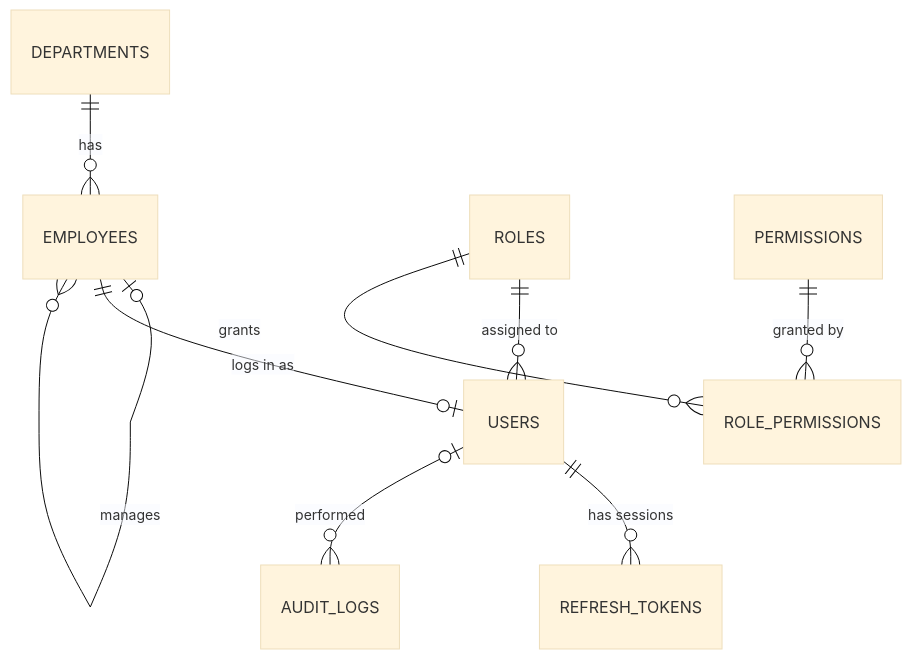
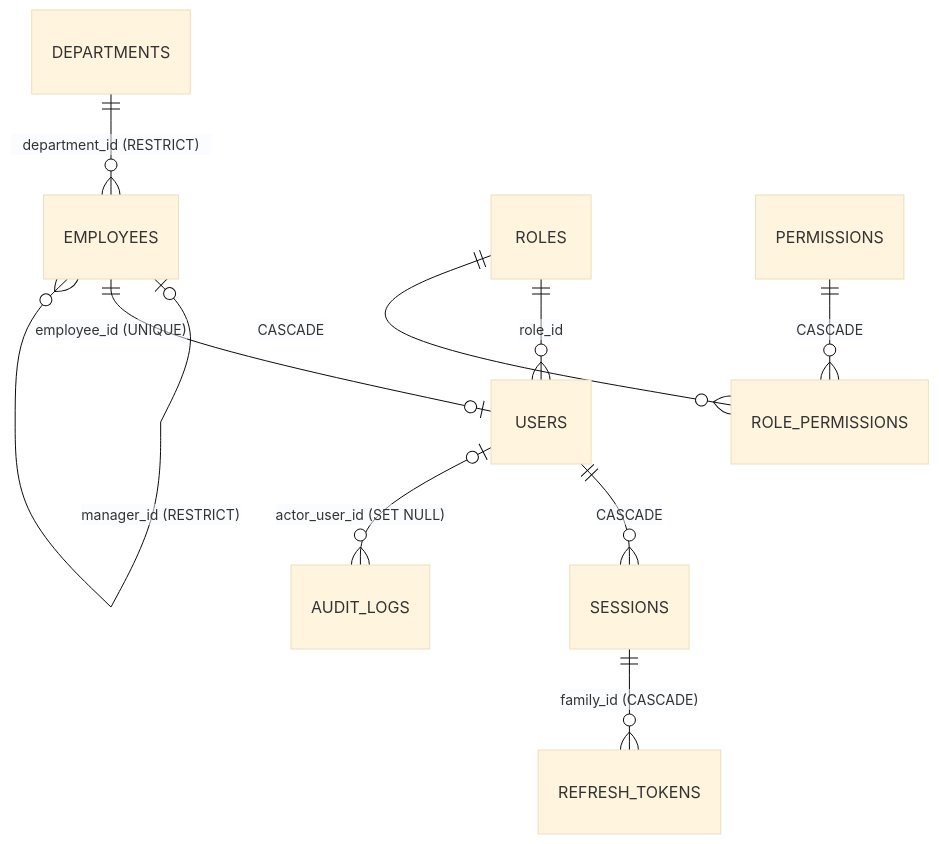
Before and after one commit to expedite-atul/express-ts-starter-v2.0.0: the fourth of 4 diagrams in docs/hld.md, drawn with Mermaid (base theme). The commit also changed other lines of this file and 120 other files, not shown here.

````diff
--- a/docs/hld.md
+++ b/docs/hld.md
@@ -130,11 +137,12 @@
 ```mermaid
 erDiagram
-    DEPARTMENTS ||--o{ EMPLOYEES : "has"
-    EMPLOYEES |o--o{ EMPLOYEES : "manages"
-    EMPLOYEES ||--o| USERS : "logs in as"
-    ROLES ||--o{ USERS : "assigned to"
-    ROLES ||--o{ ROLE_PERMISSIONS : "grants"
-    PERMISSIONS ||--o{ ROLE_PERMISSIONS : "granted by"
-    USERS ||--o{ REFRESH_TOKENS : "has sessions"
-    USERS |o--o{ AUDIT_LOGS : "performed"
+    DEPARTMENTS ||--o{ EMPLOYEES : "department_id (RESTRICT)"
+    EMPLOYEES |o--o{ EMPLOYEES : "manager_id (RESTRICT)"
+    EMPLOYEES ||--o| USERS : "employee_id (UNIQUE)"
+    ROLES ||--o{ USERS : "role_id"
+    ROLES ||--o{ ROLE_PERMISSIONS : "CASCADE"
+    PERMISSIONS ||--o{ ROLE_PERMISSIONS : "CASCADE"
+    USERS ||--o{ SESSIONS : "CASCADE"
+    SESSIONS ||--o{ REFRESH_TOKENS : "family_id (CASCADE)"
+    USERS |o--o{ AUDIT_LOGS : "actor_user_id (SET NULL)"
 ```
````
